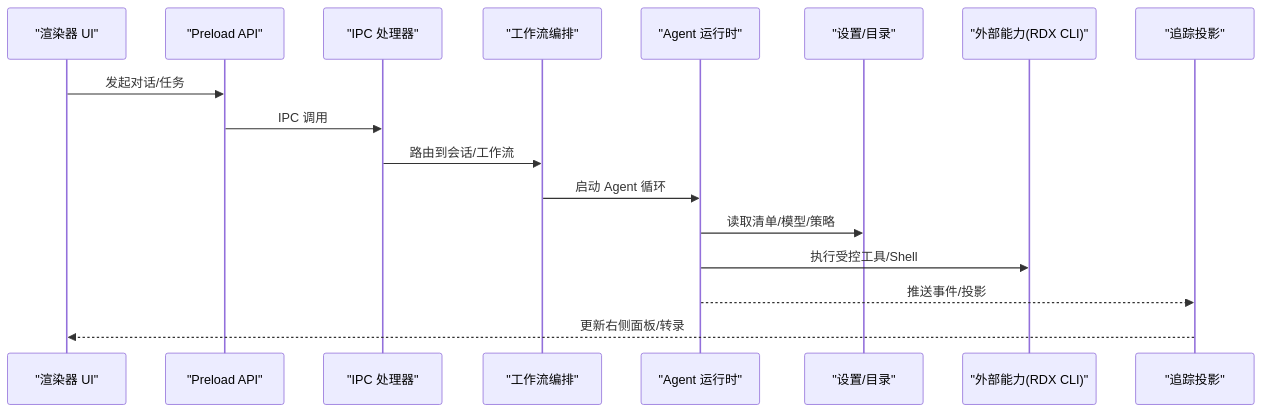
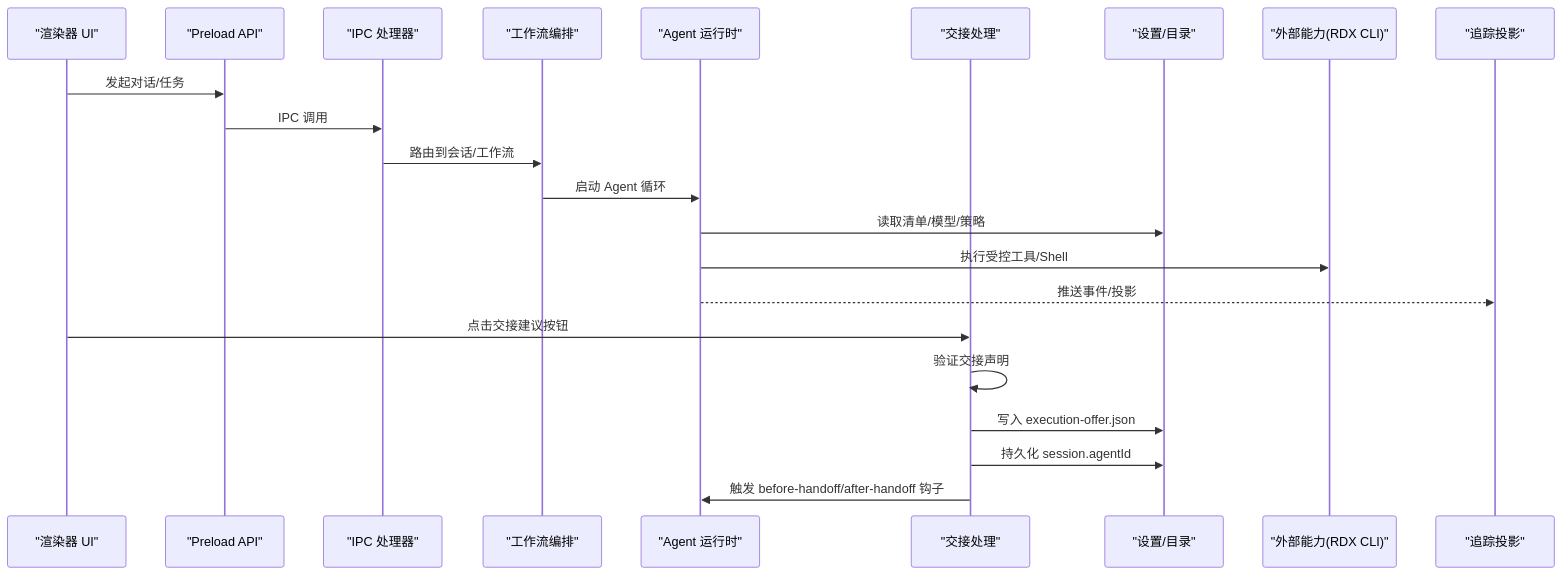
Before and after one commit to haolange/RDC-Agent: the second of 7 diagrams in .qoder/repowiki/zh/content/扩展开发/自定义 Agent 开发/自定义 Agent 开发.md, drawn with Mermaid. The commit also changed other lines of this file and 90 other files, not shown here.

````diff
--- a/.qoder/repowiki/zh/content/扩展开发/自定义 Agent 开发/自定义 Agent 开发.md
+++ b/.qoder/repowiki/zh/content/扩展开发/自定义 Agent 开发/自定义 Agent 开发.md
@@ -86,19 +109,24 @@
 ```mermaid
 sequenceDiagram
 participant U as "渲染器 UI"
 participant P as "Preload API"
 participant I as "IPC 处理器"
 participant W as "工作流编排"
 participant R as "Agent 运行时"
+participant H as "交接处理"
 participant S as "设置/目录"
 participant X as "外部能力(RDX CLI)"
 participant T as "追踪投影"
 U->>P : 发起对话/任务
 P->>I : IPC 调用
 I->>W : 路由到会话/工作流
 W->>R : 启动 Agent 循环
 R->>S : 读取清单/模型/策略
 R->>X : 执行受控工具/Shell
 R-->>T : 推送事件/投影
-T-->>U : 更新右侧面板/转录
+U->>H : 点击交接建议按钮
+H->>H : 验证交接声明
+H->>S : 写入 execution-offer.json
+H->>S : 持久化 session.agentId
+H->>R : 触发 before-handoff/after-handoff 钩子
 ```
````
